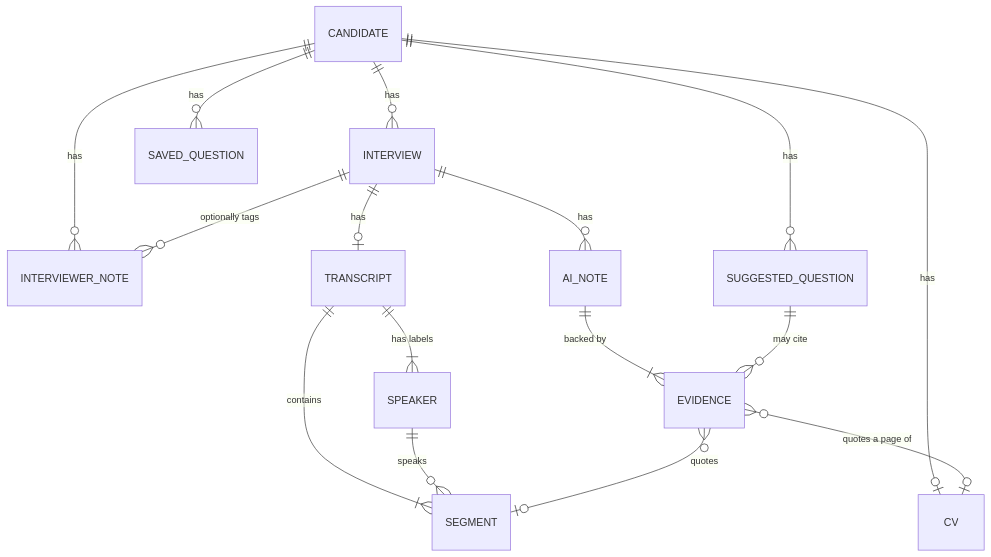
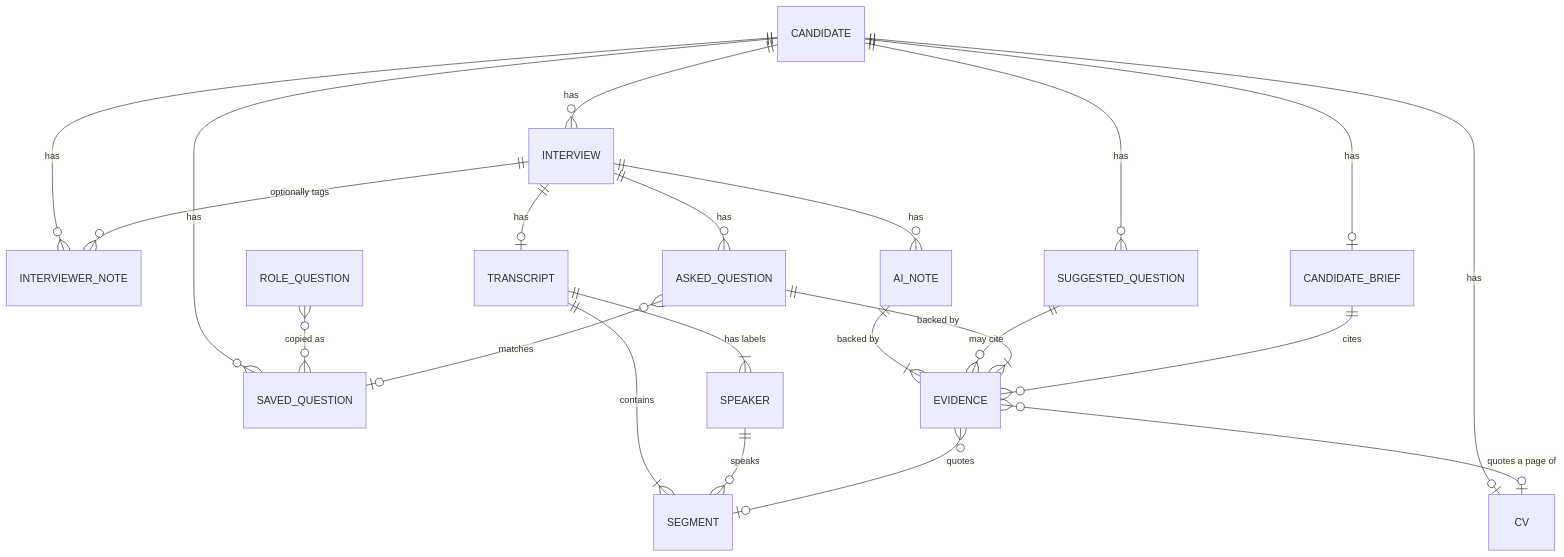
The second of 2 diagrams in docs/architecture.md (GDenizKaratas/interview-companion), drawn with Mermaid before and after one commit. The commit also changed other lines of this file and 8 other files, not shown here.

````diff
--- a/docs/architecture.md
+++ b/docs/architecture.md
@@ -58,18 +58,24 @@
 ```mermaid
 erDiagram
     CANDIDATE ||--o| CV : has
     CANDIDATE ||--o{ INTERVIEW : has
     CANDIDATE ||--o{ INTERVIEWER_NOTE : has
     CANDIDATE ||--o{ SAVED_QUESTION : has
     CANDIDATE ||--o{ SUGGESTED_QUESTION : has
+    CANDIDATE ||--o| CANDIDATE_BRIEF : has
+    ROLE_QUESTION }o--o{ SAVED_QUESTION : "copied as"
     INTERVIEW ||--o| TRANSCRIPT : has
     INTERVIEW ||--o{ INTERVIEWER_NOTE : "optionally tags"
     TRANSCRIPT ||--|{ SEGMENT : contains
     TRANSCRIPT ||--|{ SPEAKER : "has labels"
     SPEAKER ||--o{ SEGMENT : speaks
     INTERVIEW ||--o{ AI_NOTE : has
+    INTERVIEW ||--o{ ASKED_QUESTION : has
+    ASKED_QUESTION }o--o| SAVED_QUESTION : "matches"
     AI_NOTE ||--|{ EVIDENCE : "backed by"
     SUGGESTED_QUESTION ||--o{ EVIDENCE : "may cite"
+    ASKED_QUESTION ||--|{ EVIDENCE : "backed by"
+    CANDIDATE_BRIEF ||--o{ EVIDENCE : "cites"
     EVIDENCE }o--o| SEGMENT : "quotes"
     EVIDENCE }o--o| CV : "quotes a page of"
 ```
````
